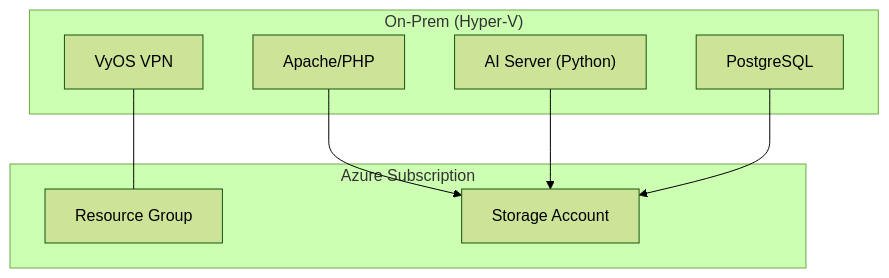
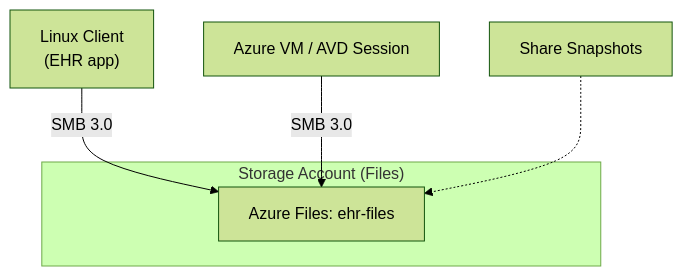
The first of 2 diagrams in Azure_Storage/modules/Module02-Azure_File_Storage.md (heisthesisko/azure-se-bootcamp), drawn with Mermaid (forest theme) before and after one commit. The commit also changed other lines of this file and 213 other files, not shown here.

````diff
--- a/Azure_Storage/modules/Module02-Azure_File_Storage.md
+++ b/Azure_Storage/modules/Module02-Azure_File_Storage.md
@@ -14,17 +12,11 @@
 ```mermaid
 flowchart TB
-  subgraph Azure ["Azure Subscription"]
-    RG["Resource Group"]
-    SA["Storage Account"]
+  Linux1["Linux Client
+(EHR app)"] -->|SMB 3.0| Share["Azure Files: ehr-files"]
+  AVD["Azure VM / AVD Session"] -->|SMB 3.0| Share
+  subgraph SA["Storage Account (Files)"]
+    Share
   end
-  subgraph OnPrem ["On-Prem (Hyper-V)"]
-    VyOS["VyOS VPN"]
-    Web["Apache/PHP"]
-    DB["PostgreSQL"]
-    AI["AI Server (Python)"]
-  end
-  VyOS --- RG
-  Web --> SA
-  AI --> SA
-  DB --> SA
+  Snap["Share Snapshots"] -.-> Share
+
 ```
````
